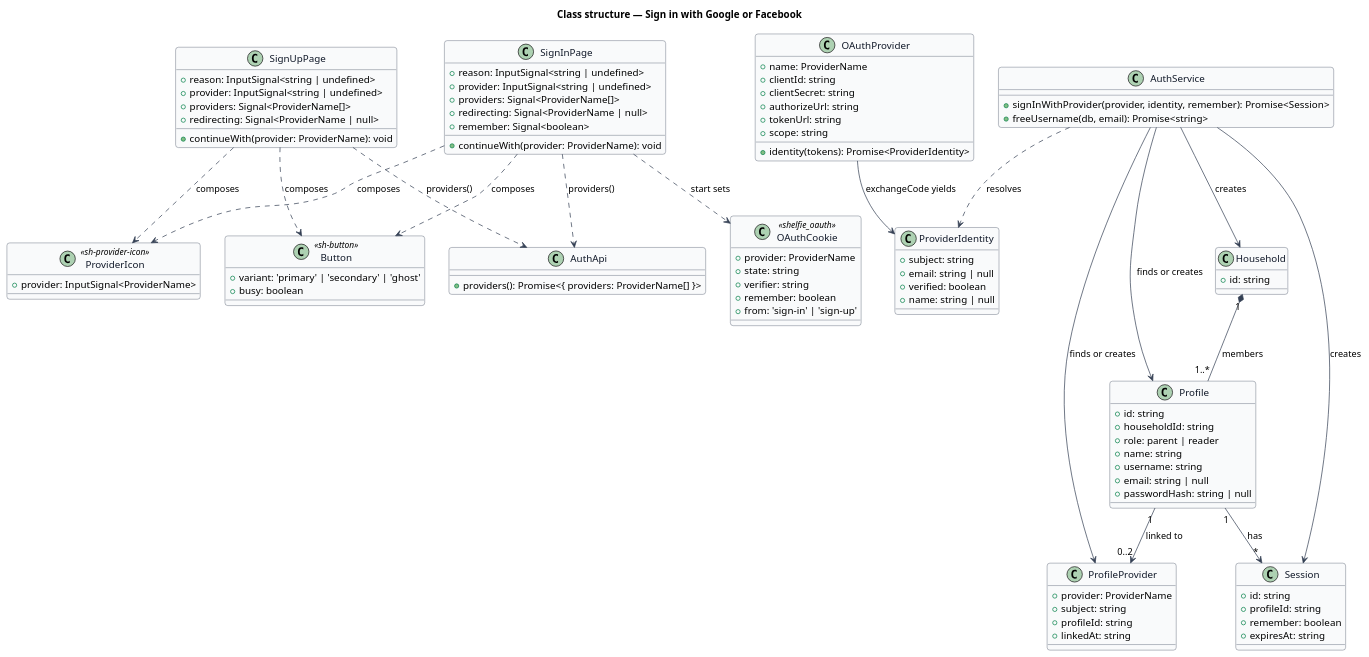
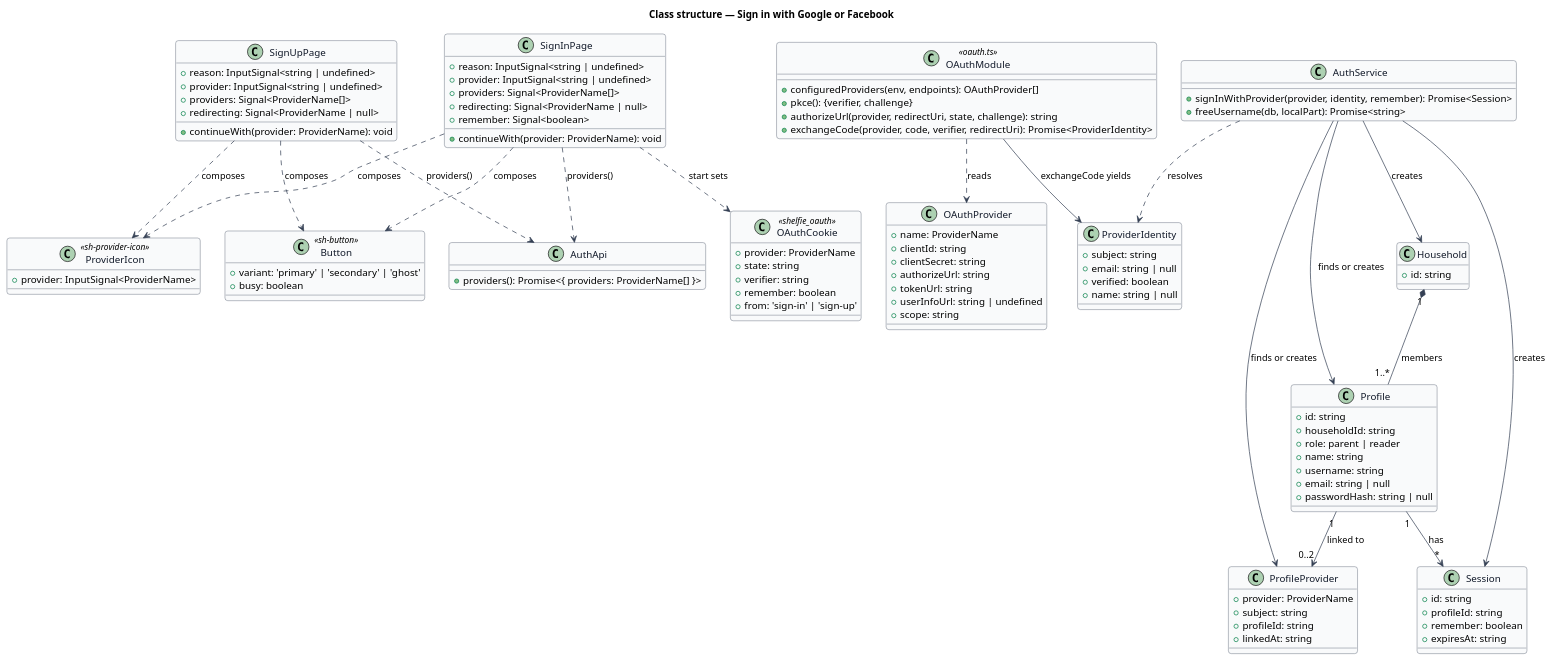
One commit to QuinntyneBrown/shelfie changed the diagram in docs/detailed-designs/sign-in/sign-in-with-google-or-facebook/diagrams/class-structure.puml. Above: the diagram before and after it, drawn with PlantUML. The commit also changed 7 other files, not shown here.

```diff
--- a/docs/detailed-designs/sign-in/sign-in-with-google-or-facebook/diagrams/class-structure.puml
+++ b/docs/detailed-designs/sign-in/sign-in-with-google-or-facebook/diagrams/class-structure.puml
@@ -1,106 +1,113 @@
 @startuml
 skinparam backgroundColor #FFFFFF
 skinparam shadowing false
 skinparam roundcorner 8
 skinparam defaultFontName Arial
 skinparam ArrowColor #344054
 skinparam class {
   BorderColor #344054
   FontColor #101828
   BackgroundColor #F9FAFB
 }
 title Class structure — Sign in with Google or Facebook
 
 class SignInPage {
   +reason: InputSignal<string | undefined>
   +provider: InputSignal<string | undefined>
   +providers: Signal<ProviderName[]>
   +redirecting: Signal<ProviderName | null>
   +remember: Signal<boolean>
   +continueWith(provider: ProviderName): void
 }
 class SignUpPage {
   +reason: InputSignal<string | undefined>
   +provider: InputSignal<string | undefined>
   +providers: Signal<ProviderName[]>
   +redirecting: Signal<ProviderName | null>
   +continueWith(provider: ProviderName): void
 }
 class ProviderIcon <<sh-provider-icon>> {
   +provider: InputSignal<ProviderName>
 }
 class Button <<sh-button>> {
   +variant: 'primary' | 'secondary' | 'ghost'
   +busy: boolean
 }
 class AuthApi {
   +providers(): Promise<{ providers: ProviderName[] }>
 }
 class OAuthProvider {
   +name: ProviderName
   +clientId: string
   +clientSecret: string
   +authorizeUrl: string
   +tokenUrl: string
+  +userInfoUrl: string | undefined
   +scope: string
-  +identity(tokens): Promise<ProviderIdentity>
+}
+class OAuthModule <<oauth.ts>> {
+  +configuredProviders(env, endpoints): OAuthProvider[]
+  +pkce(): {verifier, challenge}
+  +authorizeUrl(provider, redirectUri, state, challenge): string
+  +exchangeCode(provider, code, verifier, redirectUri): Promise<ProviderIdentity>
 }
 class ProviderIdentity {
   +subject: string
   +email: string | null
   +verified: boolean
   +name: string | null
 }
 class OAuthCookie <<shelfie_oauth>> {
   +provider: ProviderName
   +state: string
   +verifier: string
   +remember: boolean
   +from: 'sign-in' | 'sign-up'
 }
 class AuthService {
   +signInWithProvider(provider, identity, remember): Promise<Session>
-  +freeUsername(db, email): Promise<string>
+  +freeUsername(db, localPart): Promise<string>
 }
 class ProfileProvider {
   +provider: ProviderName
   +subject: string
   +profileId: string
   +linkedAt: string
 }
 class Profile {
   +id: string
   +householdId: string
   +role: parent | reader
   +name: string
   +username: string
   +email: string | null
   +passwordHash: string | null
 }
 class Household {
   +id: string
 }
 class Session {
   +id: string
   +profileId: string
   +remember: boolean
   +expiresAt: string
 }
 
 SignInPage ..> AuthApi : providers()
 SignUpPage ..> AuthApi : providers()
 SignInPage ..> Button : composes
 SignInPage ..> ProviderIcon : composes
 SignUpPage ..> Button : composes
 SignUpPage ..> ProviderIcon : composes
 SignInPage ..> OAuthCookie : start sets
-OAuthProvider --> ProviderIdentity : exchangeCode yields
+OAuthModule ..> OAuthProvider : reads
+OAuthModule --> ProviderIdentity : exchangeCode yields
 AuthService ..> ProviderIdentity : resolves
 AuthService --> ProfileProvider : finds or creates
 AuthService --> Household : creates
 AuthService --> Profile : finds or creates
 AuthService --> Session : creates
 Profile "1" --> "0..2" ProfileProvider : linked to
 Household "1" *-- "1..*" Profile : members
 Profile "1" --> "*" Session : has
 @enduml
```
